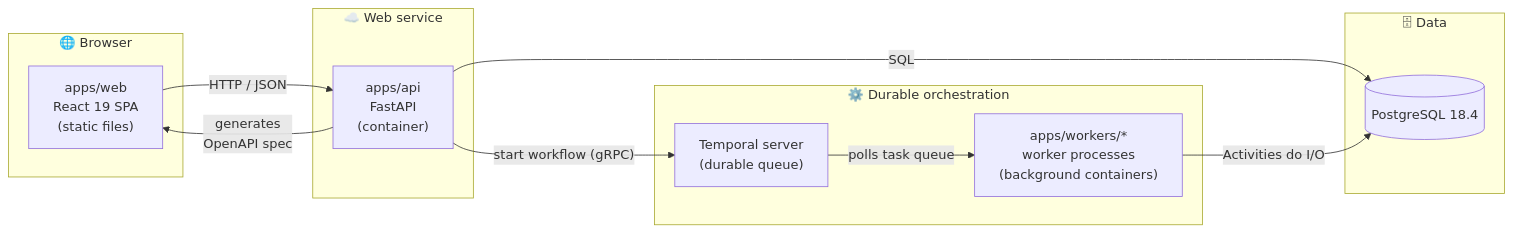
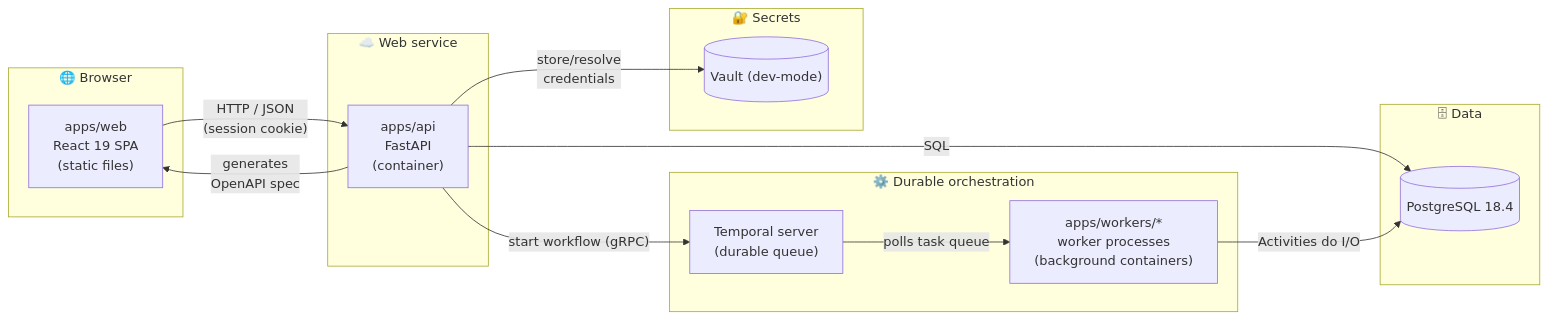
The diagram in docs/DEVELOPER_GUIDE.md (wm-ps/AITESTGEN), drawn with Mermaid before and after one commit. The commit also changed other lines of this file and 1 other file, not shown here.

````diff
--- a/docs/DEVELOPER_GUIDE.md
+++ b/docs/DEVELOPER_GUIDE.md
@@ -59,26 +64,31 @@
 ```mermaid
 flowchart LR
     subgraph browser["🌐 Browser"]
         web["apps/web<br/>React 19 SPA<br/>(static files)"]
     end
 
     subgraph service["☁️ Web service"]
         api["apps/api<br/>FastAPI<br/>(container)"]
     end
 
     subgraph data["🗄 Data"]
         pg[("PostgreSQL 18.4")]
     end
 
     subgraph orch["⚙️ Durable orchestration"]
         temporal["Temporal server<br/>(durable queue)"]
         worker["apps/workers/*<br/>worker processes<br/>(background containers)"]
     end
 
-    web -->|"HTTP / JSON"| api
+    subgraph secrets["🔐 Secrets"]
+        vault[("Vault (dev-mode)")]
+    end
+
+    web -->|"HTTP / JSON<br/>(session cookie)"| api
     api -->|"generates<br/>OpenAPI spec"| web
     api -->|"SQL"| pg
+    api -->|"store/resolve<br/>credentials"| vault
     api -->|"start workflow (gRPC)"| temporal
     temporal -->|"polls task queue"| worker
     worker -->|"Activities do I/O"| pg
 ```
````
